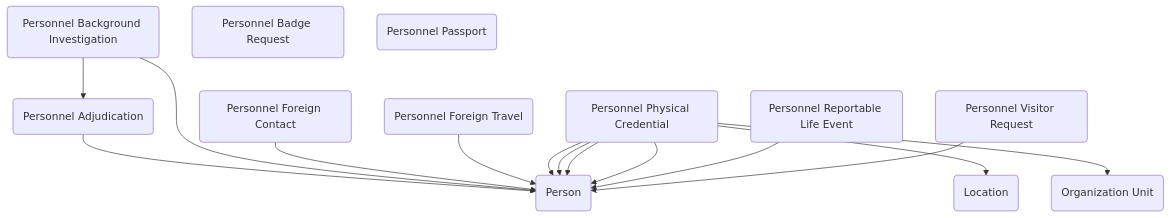
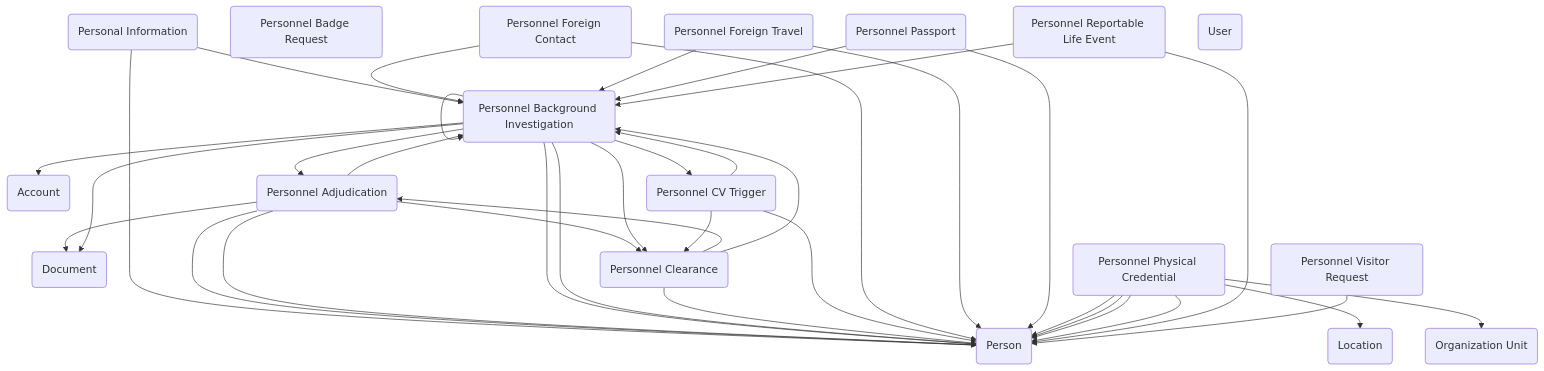
The diagram in _data_models/personnel-security.md (microsoft/gov-solutions), drawn with Mermaid before and after one commit. The commit also changed other lines of this file and 10 other files, not shown here.

````diff
--- a/_data_models/personnel-security.md
+++ b/_data_models/personnel-security.md
@@ -33,28 +31,57 @@
 ```mermaid
 graph TD
+  Account(Account)
   Contact(Person)
+  govcdm_Document(Document)
   govcdm_Location(Location)
   govcdm_organizationunit(Organization Unit)
+  govcdm_PersonalInformation(Personal Information)
   govcdm_PersonnelAdjudication(Personnel Adjudication)
   govcdm_PersonnelBackgroundInvestigation(Personnel Background Investigation)
   govcdm_PersonnelBadgeRequest(Personnel Badge Request)
+  govcdm_PersonnelClearance(Personnel Clearance)
+  govcdm_PersonnelCVTrigger(Personnel CV Trigger)
   govcdm_PersonnelForeignContact(Personnel Foreign Contact)
   govcdm_PersonnelForeignTravel(Personnel Foreign Travel)
   govcdm_PersonnelPassport(Personnel Passport)
   govcdm_PersonnelPhysicalCredential(Personnel Physical Credential)
   govcdm_PersonnelReportableLifeEvent(Personnel Reportable Life Event)
   govcdm_PersonnelVisitorRequest(Personnel Visitor Request)
+  SystemUser(User)
+  govcdm_PersonnelBackgroundInvestigation --> Account
+  govcdm_PersonalInformation --> Contact
+  govcdm_PersonnelAdjudication --> Contact
   govcdm_PersonnelAdjudication --> Contact
   govcdm_PersonnelBackgroundInvestigation --> Contact
+  govcdm_PersonnelBackgroundInvestigation --> Contact
+  govcdm_PersonnelClearance --> Contact
+  govcdm_PersonnelCVTrigger --> Contact
   govcdm_PersonnelForeignContact --> Contact
   govcdm_PersonnelForeignTravel --> Contact
+  govcdm_PersonnelPassport --> Contact
   govcdm_PersonnelPhysicalCredential --> Contact
   govcdm_PersonnelPhysicalCredential --> Contact
   govcdm_PersonnelPhysicalCredential --> Contact
   govcdm_PersonnelPhysicalCredential --> Contact
   govcdm_PersonnelReportableLifeEvent --> Contact
   govcdm_PersonnelVisitorRequest --> Contact
+  govcdm_PersonnelAdjudication --> govcdm_Document
+  govcdm_PersonnelBackgroundInvestigation --> govcdm_Document
   govcdm_PersonnelPhysicalCredential --> govcdm_Location
   govcdm_PersonnelPhysicalCredential --> govcdm_organizationunit
   govcdm_PersonnelBackgroundInvestigation --> govcdm_PersonnelAdjudication
+  govcdm_PersonnelClearance --> govcdm_PersonnelAdjudication
+  govcdm_PersonalInformation --> govcdm_PersonnelBackgroundInvestigation
+  govcdm_PersonnelAdjudication --> govcdm_PersonnelBackgroundInvestigation
+  govcdm_PersonnelBackgroundInvestigation --> govcdm_PersonnelBackgroundInvestigation
+  govcdm_PersonnelClearance --> govcdm_PersonnelBackgroundInvestigation
+  govcdm_PersonnelCVTrigger --> govcdm_PersonnelBackgroundInvestigation
+  govcdm_PersonnelForeignContact --> govcdm_PersonnelBackgroundInvestigation
+  govcdm_PersonnelForeignTravel --> govcdm_PersonnelBackgroundInvestigation
+  govcdm_PersonnelPassport --> govcdm_PersonnelBackgroundInvestigation
+  govcdm_PersonnelReportableLifeEvent --> govcdm_PersonnelBackgroundInvestigation
+  govcdm_PersonnelAdjudication --> govcdm_PersonnelClearance
+  govcdm_PersonnelBackgroundInvestigation --> govcdm_PersonnelClearance
+  govcdm_PersonnelCVTrigger --> govcdm_PersonnelClearance
+  govcdm_PersonnelBackgroundInvestigation --> govcdm_PersonnelCVTrigger
 ```
````
